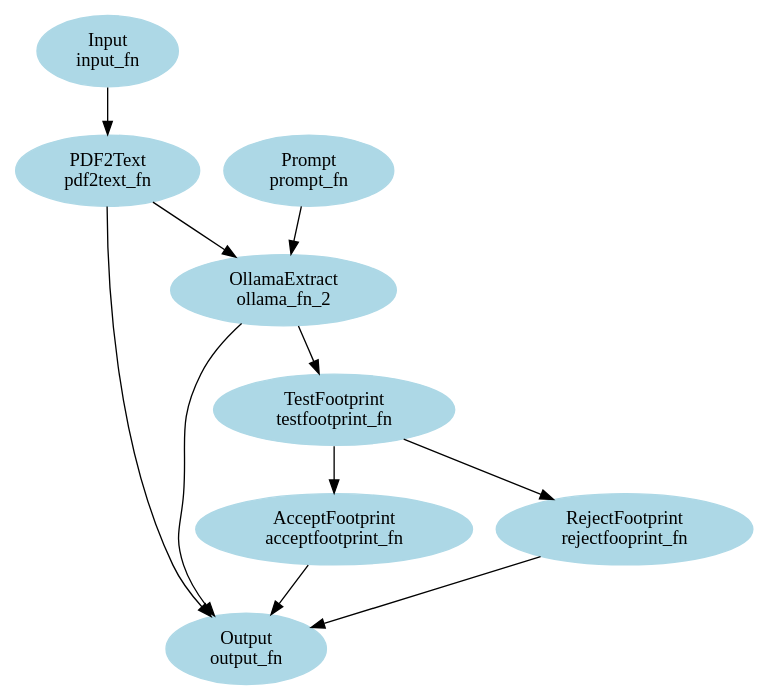
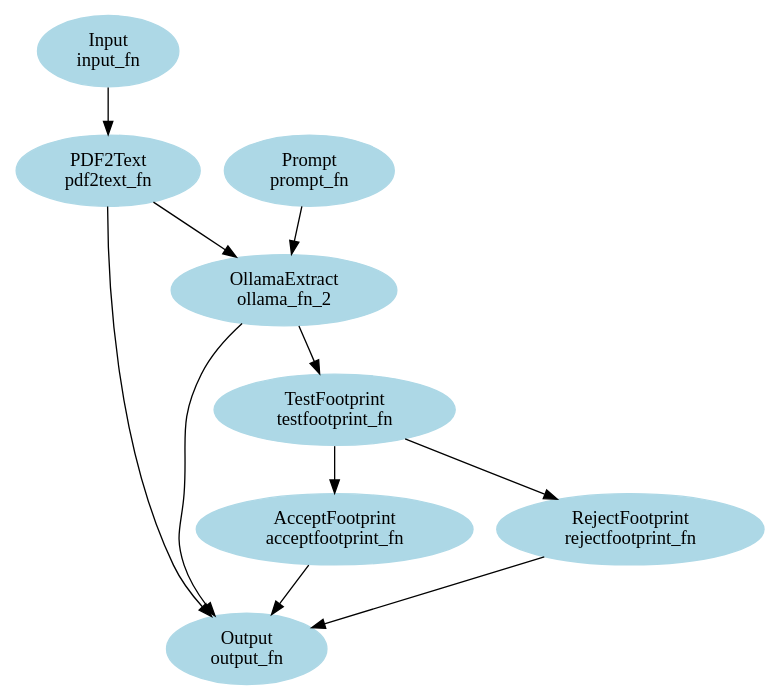
The diagram in src/.gv (sdelahaies/flowizer), drawn with Graphviz before and after one commit. The commit also changed 7 other files, not shown here.

```diff
--- a/src/.gv
+++ b/src/.gv
@@ -1,28 +1,28 @@
 digraph {
 	Input [label="Input
-input_fn" color=lightblue style=filled]
+input_fn" color=lightblue style=filled type=input_fn]
 	PDF2Text [label="PDF2Text
-pdf2text_fn" color=lightblue style=filled]
+pdf2text_fn" color=lightblue style=filled type=pdf2text_fn]
 	Output [label="Output
-output_fn" color=lightblue style=filled]
+output_fn" color=lightblue style=filled type=output_fn]
 	Prompt [label="Prompt
-prompt_fn" color=lightblue style=filled]
+prompt_fn" color=lightblue style=filled type=prompt_fn]
 	OllamaExtract [label="OllamaExtract
-ollama_fn_2" color=lightblue style=filled]
+ollama_fn_2" color=lightblue style=filled type=ollama_fn_2]
 	TestFootprint [label="TestFootprint
-testfootprint_fn" color=lightblue style=filled]
+testfootprint_fn" color=lightblue style=filled type=testfootprint_fn]
 	AcceptFootprint [label="AcceptFootprint
-acceptfootprint_fn" color=lightblue style=filled]
+acceptfootprint_fn" color=lightblue style=filled type=acceptfootprint_fn]
 	RejectFootprint [label="RejectFootprint
-rejectfooprint_fn" color=lightblue style=filled]
+rejectfootprint_fn" color=lightblue style=filled type=rejectfootprint_fn]
 	Input -> PDF2Text
 	PDF2Text -> OllamaExtract
 	Prompt -> OllamaExtract
 	OllamaExtract -> TestFootprint
 	TestFootprint -> AcceptFootprint
 	TestFootprint -> RejectFootprint
 	PDF2Text -> Output
 	OllamaExtract -> Output
 	AcceptFootprint -> Output
 	RejectFootprint -> Output
 }
```
